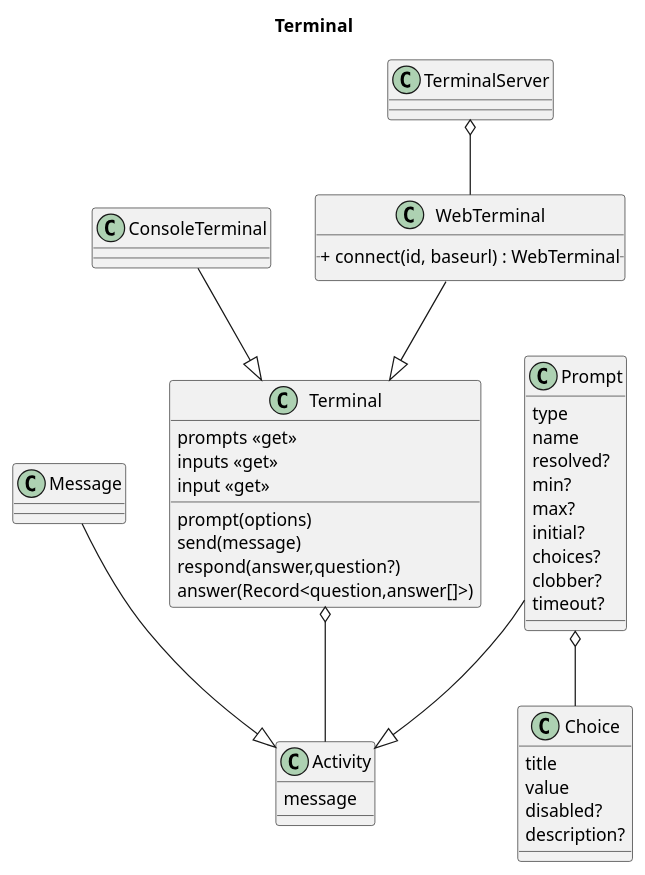
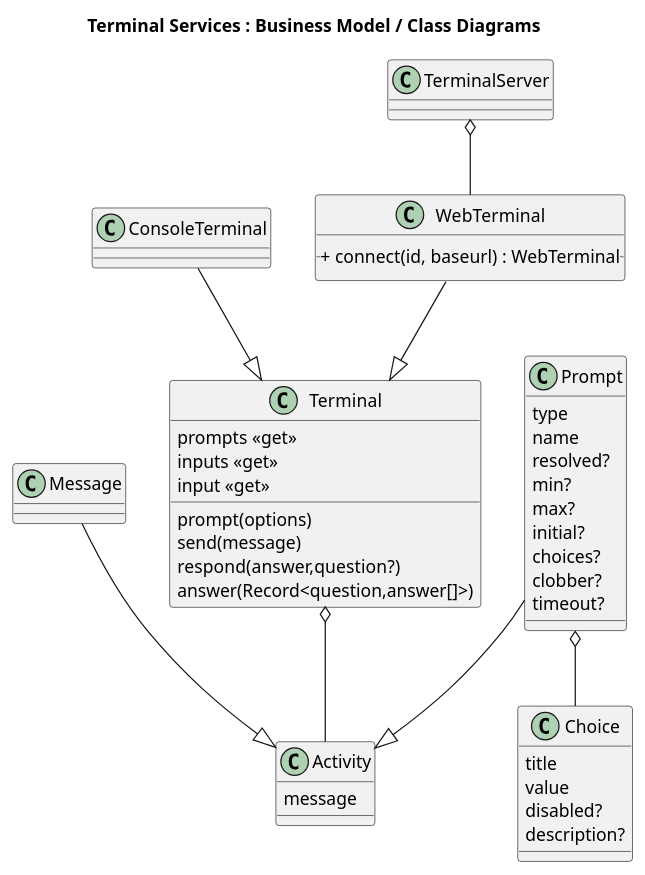
One commit to hawryschuk/terminals changed the first of 4 diagrams in README.md. Above: the diagram before and after it, drawn with PlantUML. The commit also changed other lines of this file and 10 other files, not shown here.

````diff
--- a/README.md
+++ b/README.md
@@ -12,55 +12,55 @@
 ```plantuml
 @startuml
-title Terminal
+title Terminal Services : Business Model / Class Diagrams
 
 class Terminal {
     prompts <<get>>
     inputs <<get>>
     input <<get>>
 
     prompt(options)
     send(message)
     respond(answer,question?)
     answer(Record<question,answer[]>)
 }
 
 class Activity {
     message
 }
 
 class Prompt {
     type
     name
     resolved?
     min?
     max?
     initial?
     choices?
     clobber?
     timeout?
 }
 
 class Choice {
     title
     value
     disabled?
     description?
 }
 
 class TerminalServer {}
 class Message {}
 class ConsoleTerminal {}
 class WebTerminal {
     __+ connect(id, baseurl) : WebTerminal__
 }
 
 Terminal o-- Activity
 Prompt --|> Activity
 Message --|> Activity
 Prompt o-- Choice
 ConsoleTerminal --|> Terminal
 WebTerminal --|> Terminal
 TerminalServer o-- WebTerminal
 
 @enduml
 ```
````
